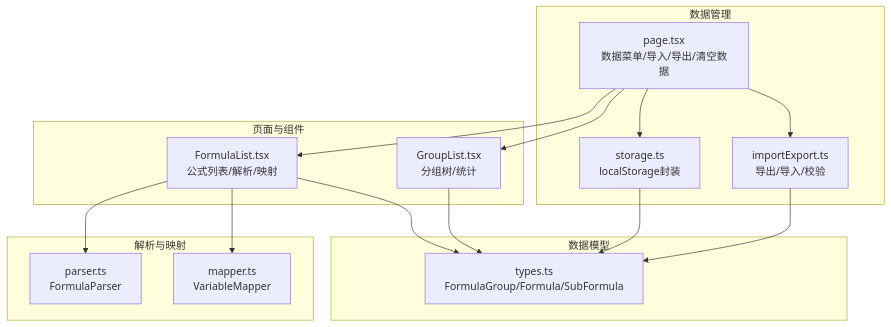
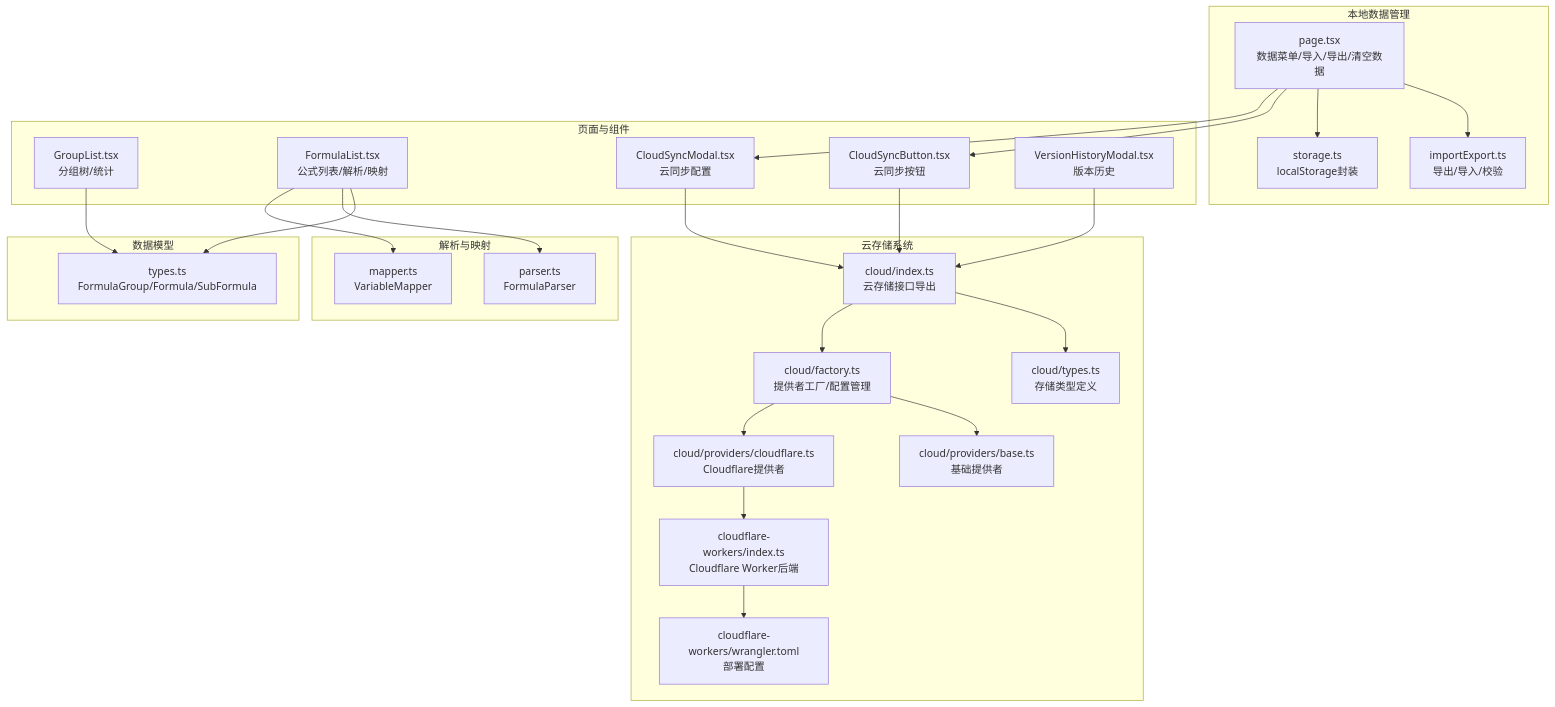
Before and after one commit to steveyu2/formula-mapper: the first of 9 diagrams in .qoder/repowiki/zh/content/用户指南/数据管理/数据管理.md, drawn with Mermaid. The commit also changed other lines of this file and 14 other files, not shown here.

````diff
--- a/.qoder/repowiki/zh/content/用户指南/数据管理/数据管理.md
+++ b/.qoder/repowiki/zh/content/用户指南/数据管理/数据管理.md
@@ -53,29 +69,48 @@
 ```mermaid
 graph TB
 subgraph "数据模型"
 T["types.ts<br/>FormulaGroup/Formula/SubFormula"]
 end
-subgraph "数据管理"
+subgraph "本地数据管理"
 IE["importExport.ts<br/>导出/导入/校验"]
 ST["storage.ts<br/>localStorage封装"]
 END["page.tsx<br/>数据菜单/导入/导出/清空数据"]
 end
+subgraph "云存储系统"
+CS["cloud/index.ts<br/>云存储接口导出"]
+CT["cloud/types.ts<br/>存储类型定义"]
+CF["cloud/factory.ts<br/>提供者工厂/配置管理"]
+CB["cloud/providers/base.ts<br/>基础提供者"]
+CC["cloud/providers/cloudflare.ts<br/>Cloudflare提供者"]
+CW["cloudflare-workers/index.ts<br/>Cloudflare Worker后端"]
+WT["cloudflare-workers/wrangler.toml<br/>部署配置"]
+end
 subgraph "页面与组件"
 GL["GroupList.tsx<br/>分组树/统计"]
 FL["FormulaList.tsx<br/>公式列表/解析/映射"]
+CSB["CloudSyncButton.tsx<br/>云同步按钮"]
+CSM["CloudSyncModal.tsx<br/>云同步配置"]
+VHM["VersionHistoryModal.tsx<br/>版本历史"]
 end
 subgraph "解析与映射"
 PR["parser.ts<br/>FormulaParser"]
 MP["mapper.ts<br/>VariableMapper"]
 end
 END --> IE
 END --> ST
-END --> GL
-END --> FL
+END --> CSB
+END --> CSM
+CS --> CT
+CS --> CF
+CF --> CB
+CF --> CC
+CC --> CW
+CW --> WT
+CSB --> CS
+CSM --> CS
+VHM --> CS
+GL --> T
+FL --> T
 FL --> PR
 FL --> MP
-IE --> T
-ST --> T
-GL --> T
-FL --> T
 ```
````
